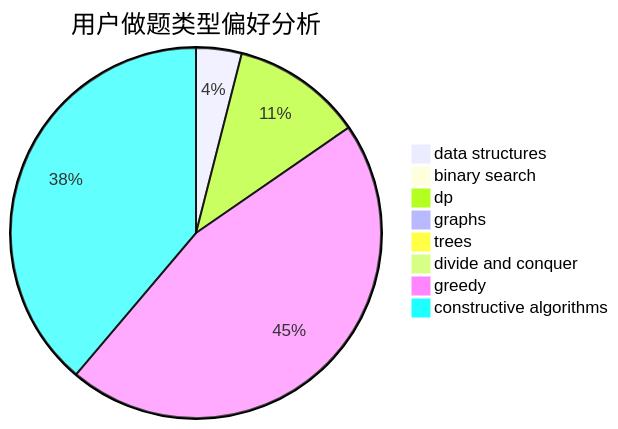
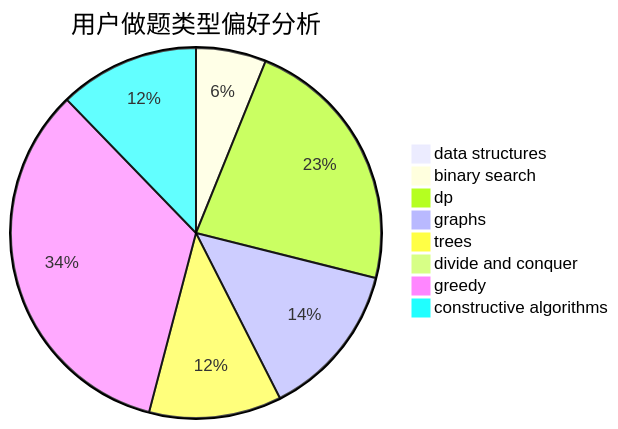
The second of 3 diagrams in docs/user/u1523.md (sherpahu/cfrs.github.io), drawn with Mermaid before and after one commit. The commit also changed other lines of this file and 2770 other files, not shown here.

````diff
--- a/docs/user/u1523.md
+++ b/docs/user/u1523.md
@@ -23,11 +23,11 @@
 ```mermaid
 pie title 用户做题类型偏好分析
-    "data structures" :  38
-    "binary search" :  5
-    "dp" :  109
-    "graphs" :  9
-    "trees" :  3
+    "data structures" :  0
+    "binary search" :  18
+    "dp" :  67
+    "graphs" :  40
+    "trees" :  34
     "divide and conquer" :  0
-    "greedy" :  438
-    "constructive algorithms" :  371
+    "greedy" :  99
+    "constructive algorithms" :  36
 ```
````
